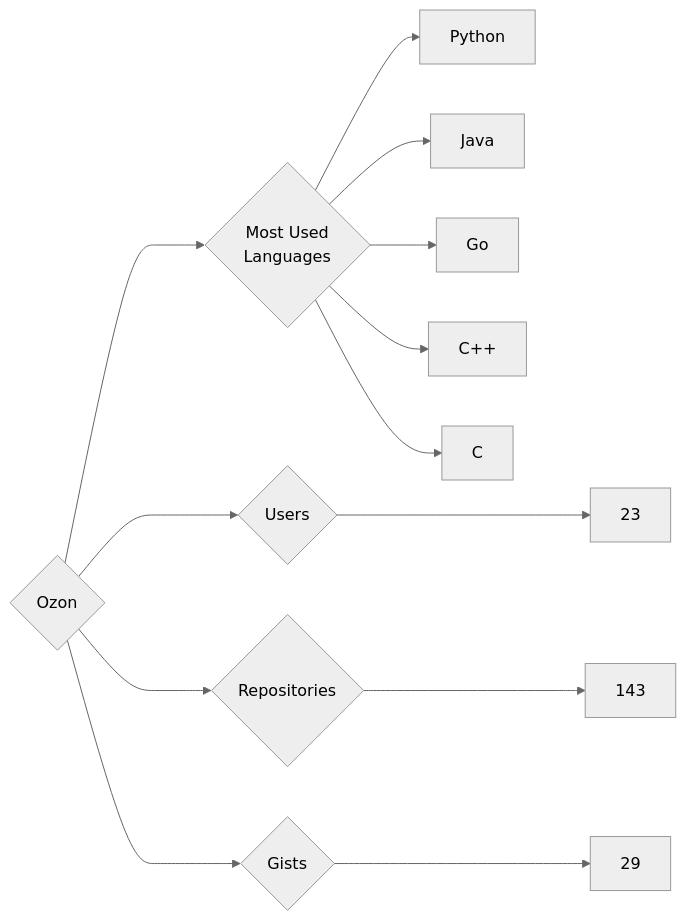
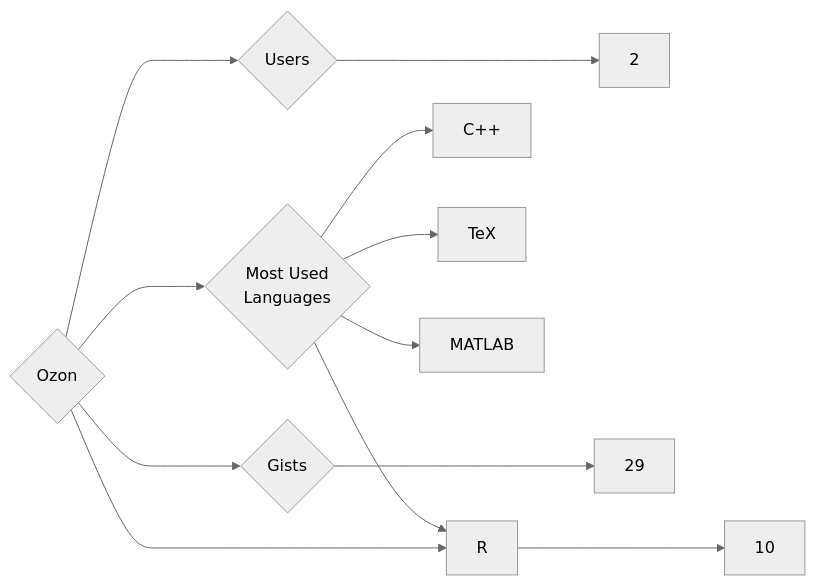
The diagram in targets/Ozon/README.md (trickest/insiders), drawn with Mermaid (neutral theme) before and after one commit. The commit also changed 964 other files, not shown here.

````diff
--- a/targets/Ozon/README.md
+++ b/targets/Ozon/README.md
@@ -3,13 +3,12 @@
 ```mermaid
 graph LR
 COMPANY_NAME{Ozon}
-COMPANY_NAME ---> U{Users} ---> UN[23]
-COMPANY_NAME ---> R{Repositories} ---> RN[143]
+COMPANY_NAME ---> U{Users} ---> UN[2]
+COMPANY_NAME ---> R{Repositories} ---> RN[10]
 COMPANY_NAME ---> G{Gists} ---> GN[29]
 COMPANY_NAME ---> ML{Most Used<br>Languages}
-ML --> Python[Python]
-ML --> Java[Java]
-ML --> Go[Go]
 ML --> C++[C++]
-ML --> C[C]
+ML --> TeX[TeX]
+ML --> R[R]
+ML --> MATLAB[MATLAB]
 ```
````
